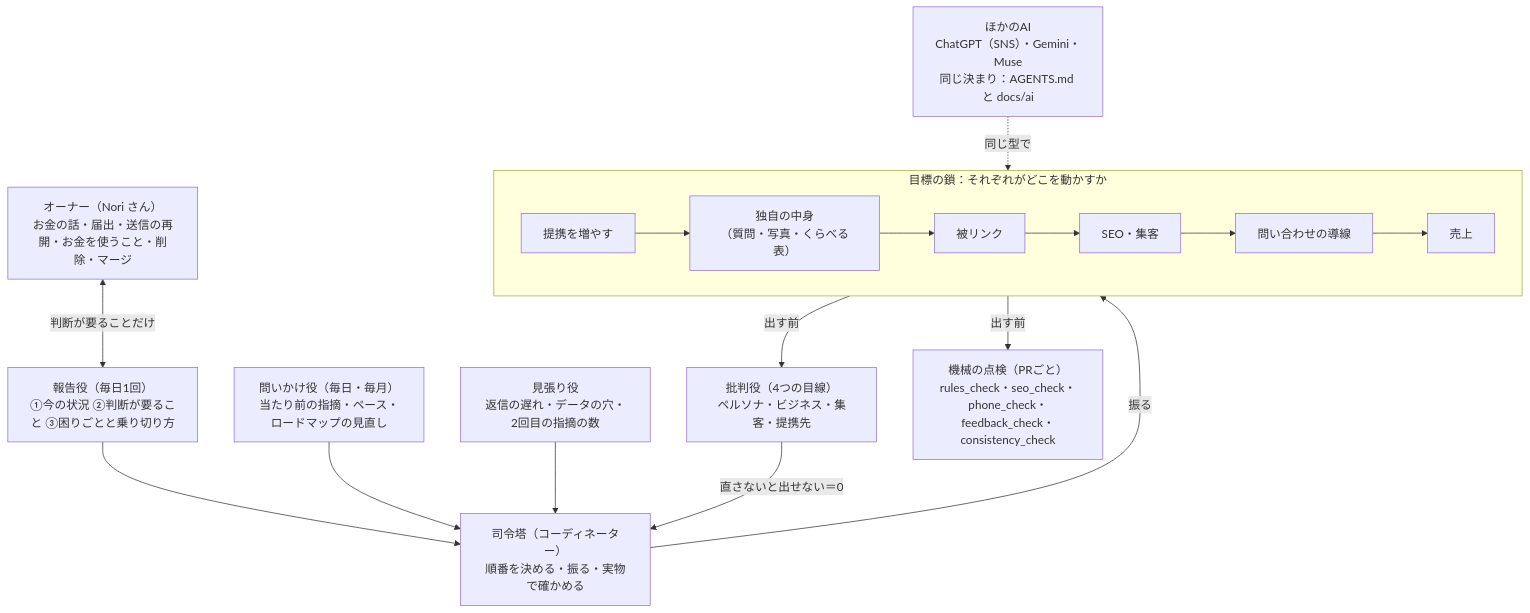
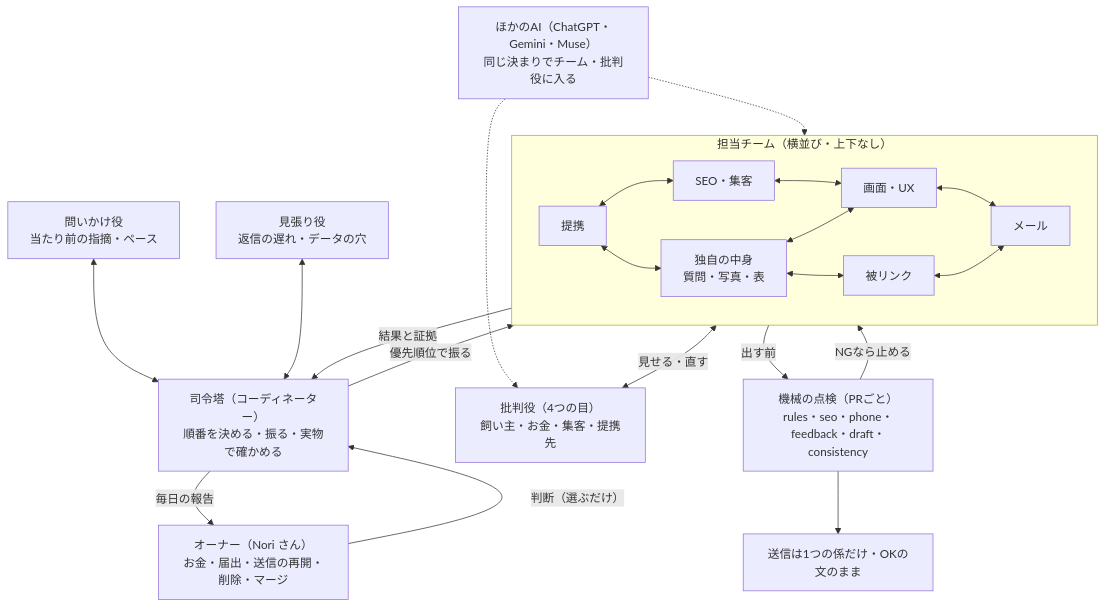
One commit to NORI-silver/pet-lp changed the diagram in docs/ai/framework/org-chart.md. Above: the diagram before and after it, drawn with Mermaid. The commit also changed other lines of this file and 4 other files, not shown here.

First line of the commit message:
[G] 体制図：一方向は権限だけ・対等は両方向に。送信の事故の決まり（送る係は1つ・OKの文のまま・穴を埋めて送らない・送信済みを見直す）と draft_check --send --approved

````diff
--- a/docs/ai/framework/org-chart.md
+++ b/docs/ai/framework/org-chart.md
@@ -5,25 +7,31 @@
 ```mermaid
 flowchart TB
-  O["オーナー（Nori さん）<br/>お金の話・届出・送信の再開・お金を使うこと・削除・マージ"]
+  O["オーナー（Nori さん）<br/>お金・届出・送信の再開・削除・マージ"]
   C["司令塔（コーディネーター）<br/>順番を決める・振る・実物で確かめる"]
-  Q["問いかけ役（毎日・毎月）<br/>当たり前の指摘・ペース・ロードマップの見直し"]
-  R["報告役（毎日1回）<br/>①今の状況 ②判断が要ること ③困りごとと乗り切り方"]
-  W["見張り役<br/>返信の遅れ・データの穴・2回目の指摘の数"]
-  subgraph CHAIN["目標の鎖：それぞれがどこを動かすか"]
-    direction LR
-    P["提携を増やす"] --> U["独自の中身<br/>（質問・写真・くらべる表）"] --> L["被リンク"] --> S["SEO・集客"] --> F["問い合わせの導線"] --> M["売上"]
+  Q["問いかけ役<br/>当たり前の指摘・ペース"]
+  W["見張り役<br/>返信の遅れ・データの穴"]
+  subgraph T["担当チーム（横並び・上下なし）"]
+    P["提携"] <--> U["独自の中身<br/>質問・写真・表"] <--> L["被リンク"]
+    S["SEO・集客"] <--> X2["画面・UX"] <--> M["メール"]
+    P <--> S
+    U <--> X2
+    L <--> M
   end
-  K["批判役（4つの目線）<br/>ペルソナ・ビジネス・集客・提携先"]
-  X["ほかのAI<br/>ChatGPT（SNS）・Gemini・Muse<br/>同じ決まり：AGENTS.md と docs/ai"]
-  G["機械の点検（PRごと）<br/>rules_check・seo_check・phone_check・feedback_check・consistency_check"]
+  K["批判役（4つの目）<br/>飼い主・お金・集客・提携先"]
+  G["機械の点検（PRごと）<br/>rules・seo・phone・feedback・draft・consistency"]
+  SEND["送信は1つの係だけ・OKの文のまま"]
+  X["ほかのAI（ChatGPT・Gemini・Muse）<br/>同じ決まりでチーム・批判役に入る"]
 
-  O <-->|判断が要ることだけ| R
-  R --> C
-  Q --> C
-  W --> C
-  C -->|振る| CHAIN
-  CHAIN -->|出す前| K
-  CHAIN -->|出す前| G
-  K -->|直さないと出せない＝0| C
-  X -.同じ型で.-> CHAIN
+  C -->|毎日の報告| O
+  O -->|判断（選ぶだけ）| C
+  Q <--> C
+  W <--> C
+  C -->|優先順位で振る| T
+  T -->|結果と証拠| C
+  T <-->|見せる・直す| K
+  T -->|出す前| G
+  G -->|NGなら止める| T
+  G --> SEND
+  X -.-> T
+  X -.-> K
 ```
````
